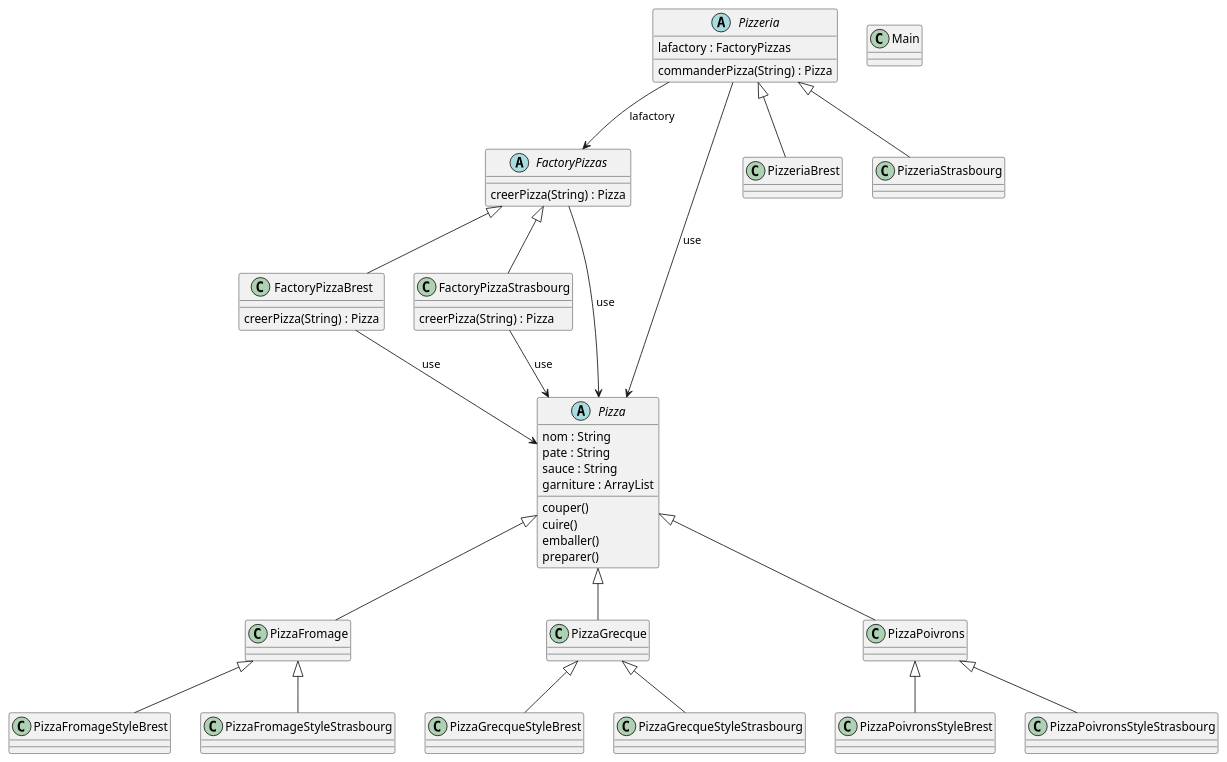
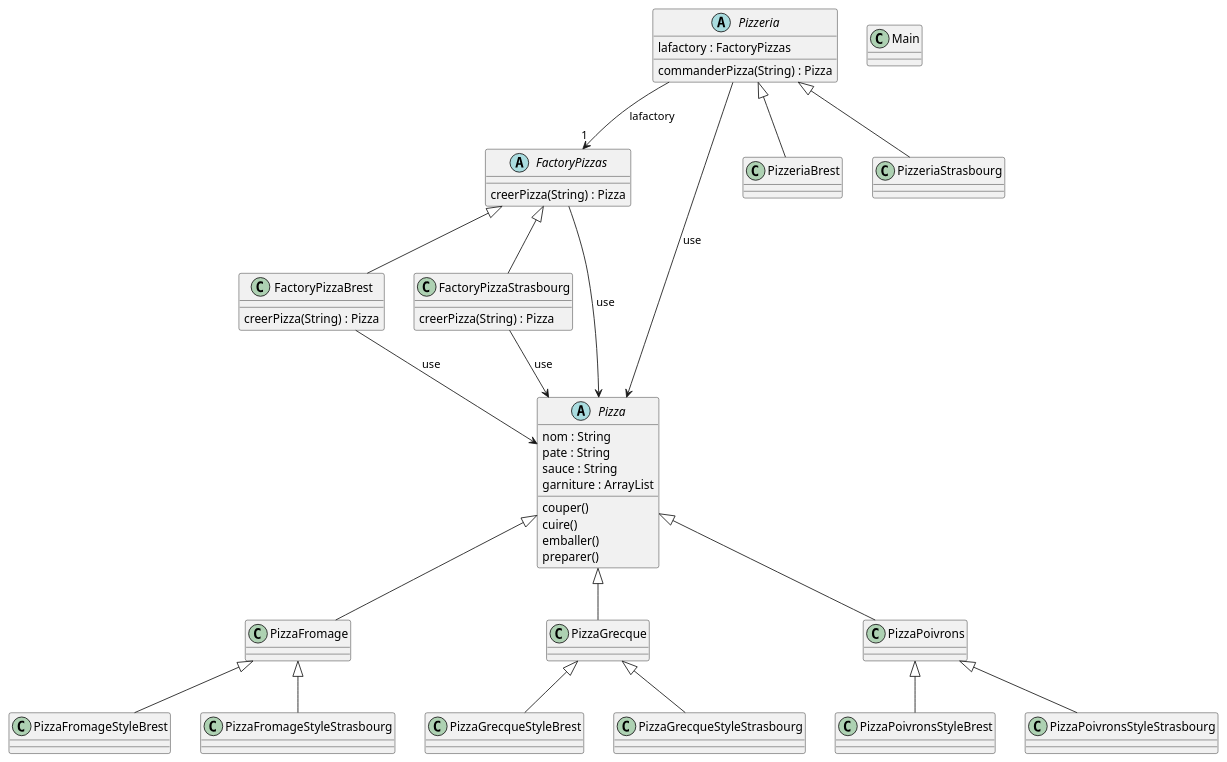
The diagram in docs/TP3.plantuml (IUT-Blagnac/cpoa-tp3-hugode-zweemer), drawn with PlantUML before and after one commit.

Commit message:
clean plantuml

```diff
--- a/docs/TP3.plantuml
+++ b/docs/TP3.plantuml
@@ -1,74 +1,74 @@
 @startuml
 
-class "FactoryPizzaBrest" {
+class FactoryPizzaBrest {
   creerPizza(String) : Pizza
 }
 
-class "FactoryPizzaStrasbourg" {
+class FactoryPizzaStrasbourg {
   creerPizza(String) : Pizza
 }
 
-abstract class "FactoryPizzas" {
+abstract class FactoryPizzas {
   creerPizza(String) : Pizza
 }
 
-class "Main"
+class Main
 
-abstract class "Pizza" {
+abstract class Pizza {
   nom : String
   pate : String
   sauce : String
   garniture : ArrayList
   couper()
   cuire()
   emballer()
   preparer()
 }
 
-class "PizzaFromage"
+class PizzaFromage
 
-class "PizzaFromageStyleBrest"
+class PizzaFromageStyleBrest
 
-class "PizzaFromageStyleStrasbourg"
+class PizzaFromageStyleStrasbourg
 
-class "PizzaGrecque"
+class PizzaGrecque
 
-class "PizzaGrecqueStyleBrest"
+class PizzaGrecqueStyleBrest
 
-class "PizzaGrecqueStyleStrasbourg"
+class PizzaGrecqueStyleStrasbourg
 
-class "PizzaPoivrons"
+class PizzaPoivrons
 
-class "PizzaPoivronsStyleBrest"
+class PizzaPoivronsStyleBrest
 
-class "PizzaPoivronsStyleStrasbourg"
+class PizzaPoivronsStyleStrasbourg
 
-abstract class "Pizzeria" {
+abstract class Pizzeria {
   lafactory : FactoryPizzas
   commanderPizza(String) : Pizza
 }
 
-class "PizzeriaBrest"
+class PizzeriaBrest
 
-class "PizzeriaStrasbourg"
+class PizzeriaStrasbourg
 
-"FactoryPizzaBrest" --> "Pizza" : use
-"FactoryPizzaStrasbourg" --> "Pizza" : use
-"FactoryPizzas" <|-- "FactoryPizzaBrest"
-"FactoryPizzas" <|-- "FactoryPizzaStrasbourg"
-"FactoryPizzas" --> "Pizza" : use
-"PizzaFromage" <|-- "PizzaFromageStyleBrest"
-"PizzaFromage" <|-- "PizzaFromageStyleStrasbourg"
-"PizzaGrecque" <|-- "PizzaGrecqueStyleBrest"
-"PizzaGrecque" <|-- "PizzaGrecqueStyleStrasbourg"
-"Pizza" <|-- "PizzaFromage"
-"Pizza" <|-- "PizzaGrecque"
-"Pizza" <|-- "PizzaPoivrons"
-"PizzaPoivrons" <|-- "PizzaPoivronsStyleBrest"
-"PizzaPoivrons" <|-- "PizzaPoivronsStyleStrasbourg"
-"Pizzeria" --> "FactoryPizzas" : lafactory
-"Pizzeria" --> "Pizza" : use
-"Pizzeria" <|-- "PizzeriaBrest"
-"Pizzeria" <|-- "PizzeriaStrasbourg"
+FactoryPizzaBrest --> Pizza : use
+FactoryPizzaStrasbourg --> Pizza : use
+FactoryPizzas <|-- FactoryPizzaBrest
+FactoryPizzas <|-- FactoryPizzaStrasbourg
+FactoryPizzas --> Pizza : use
+PizzaFromage <|-- PizzaFromageStyleBrest
+PizzaFromage <|-- PizzaFromageStyleStrasbourg
+PizzaGrecque <|-- PizzaGrecqueStyleBrest
+PizzaGrecque <|-- PizzaGrecqueStyleStrasbourg
+Pizza <|-- PizzaFromage
+Pizza <|-- PizzaGrecque
+Pizza <|-- PizzaPoivrons
+PizzaPoivrons <|-- PizzaPoivronsStyleBrest
+PizzaPoivrons <|-- PizzaPoivronsStyleStrasbourg
+Pizzeria --> "1" FactoryPizzas : lafactory
+Pizzeria --> Pizza : use
+Pizzeria <|-- PizzeriaBrest
+Pizzeria <|-- PizzeriaStrasbourg
 
 @enduml
```
